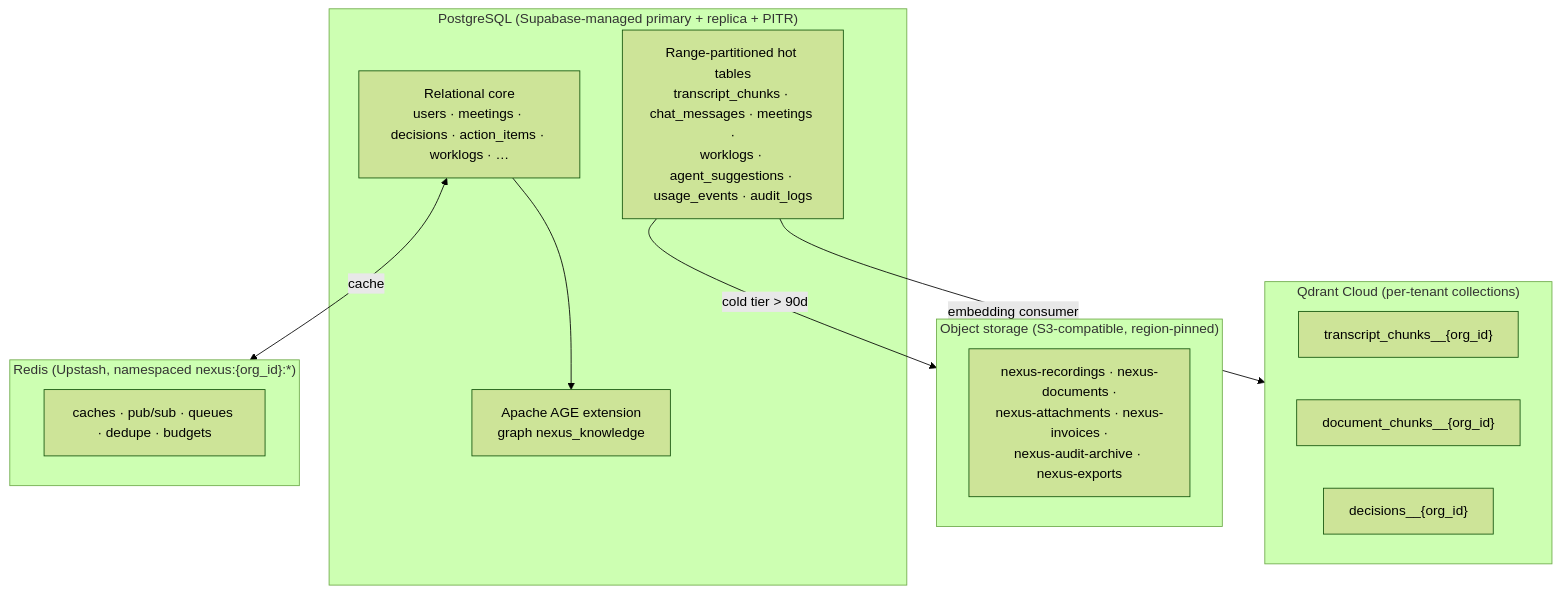
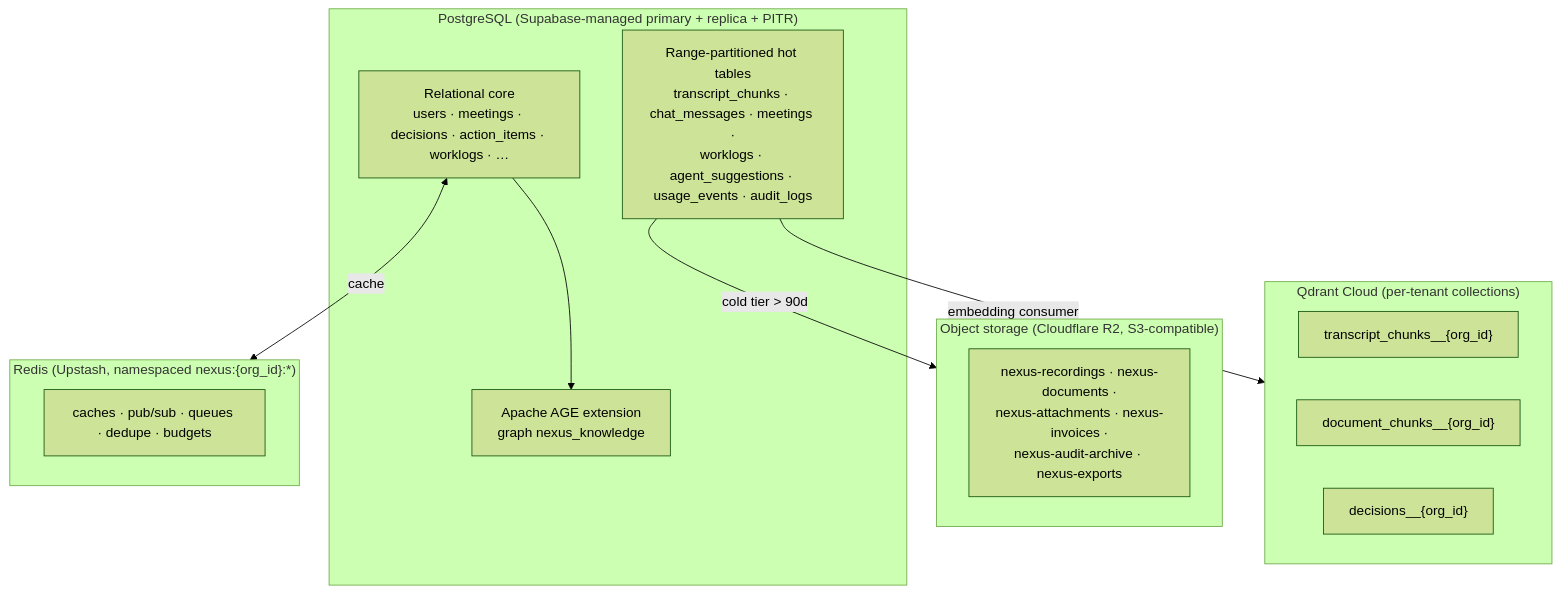
Before and after one commit to Mytheus-AI/mytheus-docs: the second of 10 diagrams in 05-data-architecture.md, drawn with Mermaid (forest theme). The commit also changed 10 other files, not shown here.

First line of the commit message:
docs(canon): ADR-0023 locks object storage to Cloudflare R2

````diff
--- a/05-data-architecture.md
+++ b/05-data-architecture.md
@@ -202,23 +202,23 @@
 ```mermaid
 flowchart TB
   subgraph PG["PostgreSQL (Supabase-managed primary + replica + PITR)"]
     PGcore["Relational core<br/>users · meetings · decisions · action_items · worklogs · …"]
     PGpart["Range-partitioned hot tables<br/>transcript_chunks · chat_messages · meetings ·<br/>worklogs · agent_suggestions · usage_events · audit_logs"]
     AGE["Apache AGE extension<br/>graph nexus_knowledge"]
   end
   subgraph QD["Qdrant Cloud (per-tenant collections)"]
     QDt["transcript_chunks__{org_id}"]
     QDd["document_chunks__{org_id}"]
     QDdec["decisions__{org_id}"]
   end
   subgraph RD["Redis (Upstash, namespaced nexus:{org_id}:*)"]
     RDc["caches · pub/sub · queues · dedupe · budgets"]
   end
-  subgraph OBJ["Object storage (S3-compatible, region-pinned)"]
+  subgraph OBJ["Object storage (Cloudflare R2, S3-compatible)"]
     OBJr["nexus-recordings · nexus-documents ·<br/>nexus-attachments · nexus-invoices ·<br/>nexus-audit-archive · nexus-exports"]
   end
   PGcore --> AGE
   PGpart -->|embedding consumer| QD
   PGpart -->|cold tier > 90d| OBJ
   PGcore <-->|cache| RD
 ```
````
